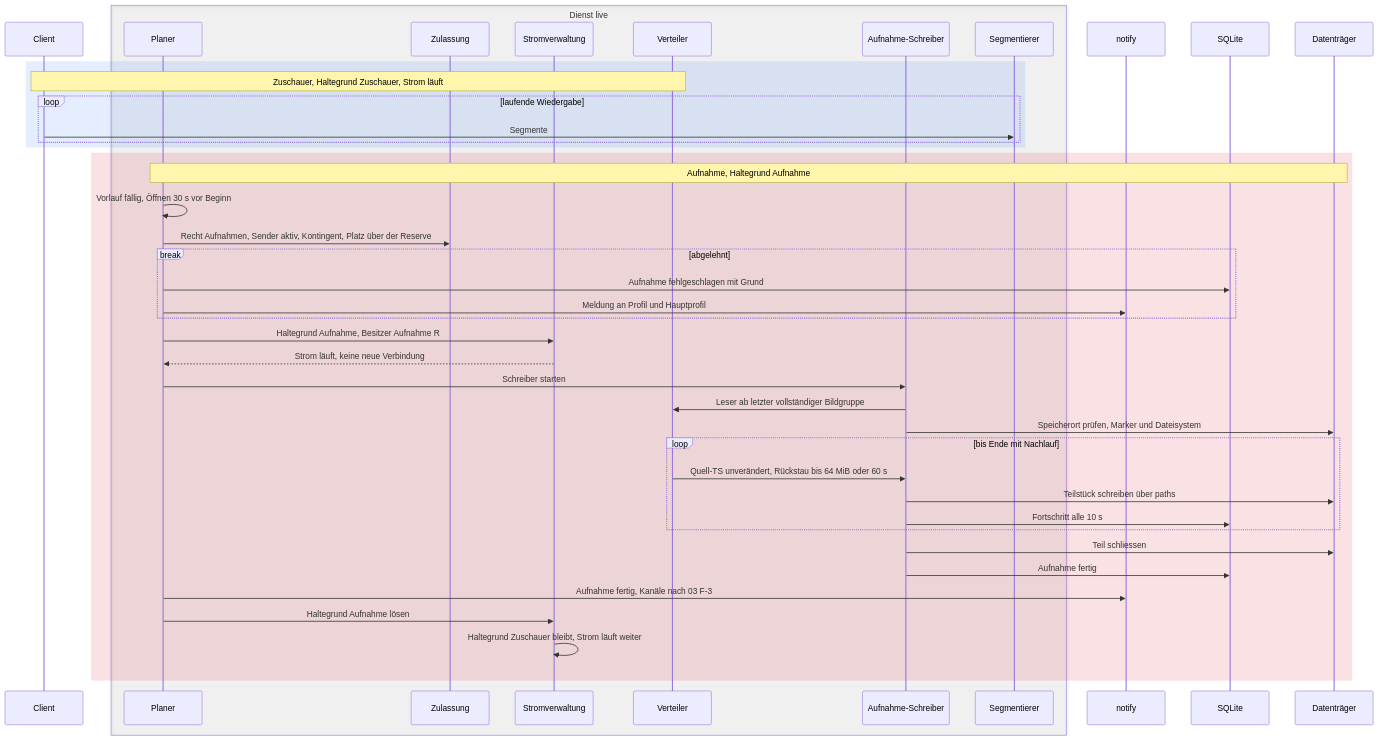
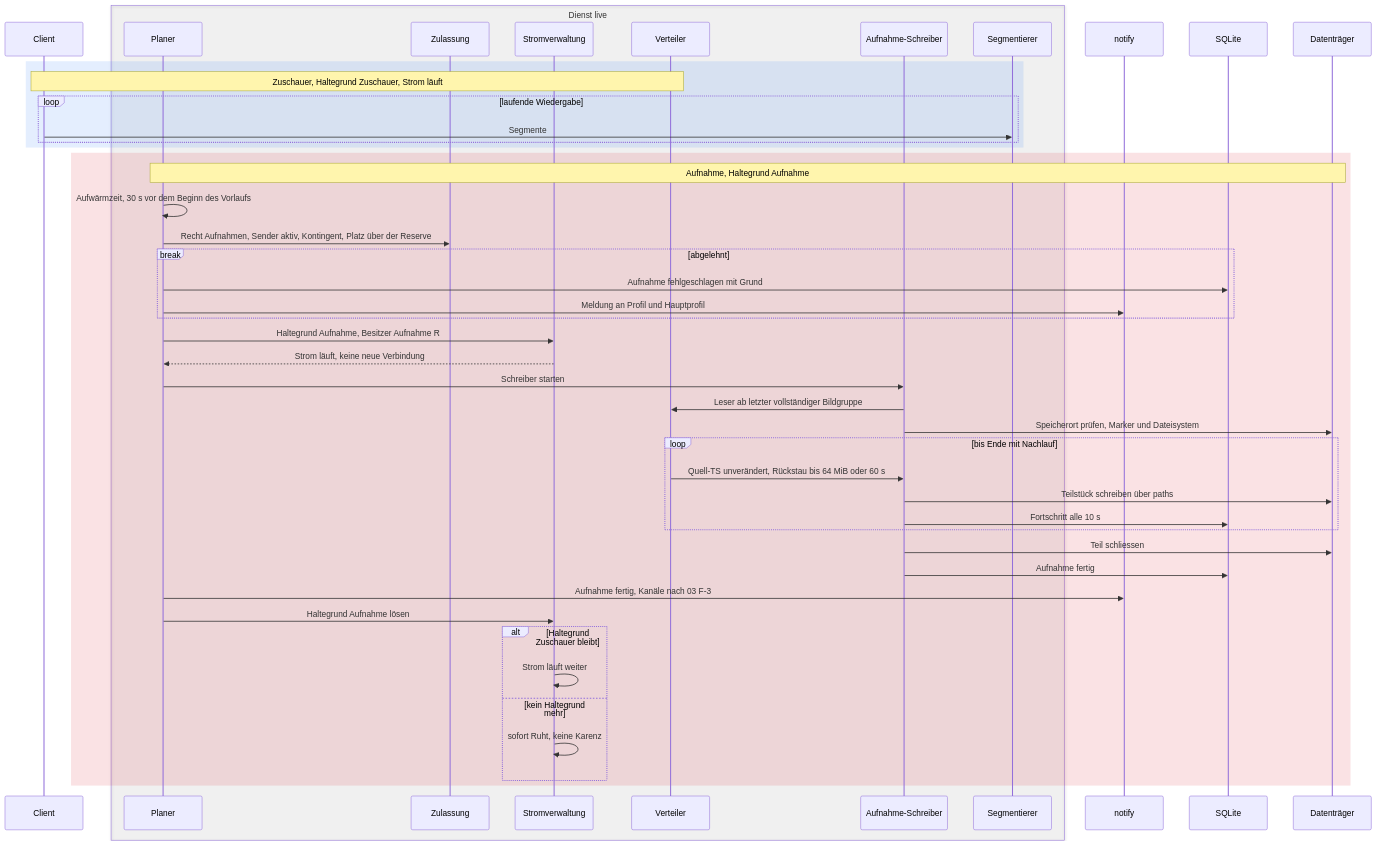
One commit to SlouchCat/slouchcat changed the eighth of 22 diagrams in docs/planning/28-live-tv/06-ablaeufe.md. Above: the diagram before and after it, drawn with Mermaid. The commit also changed other lines of this file, not shown here.

Commit message:
docs(planning): concept 28 live TV, flows after consolidation 1

````diff
--- a/docs/planning/28-live-tv/06-ablaeufe.md
+++ b/docs/planning/28-live-tv/06-ablaeufe.md
@@ -623,46 +651,50 @@
 ```mermaid
 sequenceDiagram
   participant CL as Client
   box rgba(128,128,128,0.08) Dienst live
     participant PL as Planer
     participant ZUL as Zulassung
     participant STR as Stromverwaltung
     participant VT as Verteiler
     participant AUF as Aufnahme-Schreiber
     participant SEG as Segmentierer
   end
   participant NTF as notify
   participant DB as SQLite
   participant DSK as Datenträger
 
   rect rgba(66,135,245,0.14)
     Note over CL,VT: Zuschauer, Haltegrund Zuschauer, Strom läuft
     loop laufende Wiedergabe
       CL->>SEG: Segmente
     end
   end
   rect rgba(220,53,69,0.14)
     Note over PL,DSK: Aufnahme, Haltegrund Aufnahme
-    PL->>PL: Vorlauf fällig, Öffnen 30 s vor Beginn
+    PL->>PL: Aufwärmzeit, 30 s vor dem Beginn des Vorlaufs
     PL->>ZUL: Recht Aufnahmen, Sender aktiv, Kontingent, Platz über der Reserve
     break abgelehnt
       PL->>DB: Aufnahme fehlgeschlagen mit Grund
       PL->>NTF: Meldung an Profil und Hauptprofil
     end
     PL->>STR: Haltegrund Aufnahme, Besitzer Aufnahme R
     STR-->>PL: Strom läuft, keine neue Verbindung
     PL->>AUF: Schreiber starten
     AUF->>VT: Leser ab letzter vollständiger Bildgruppe
     AUF->>DSK: Speicherort prüfen, Marker und Dateisystem
     loop bis Ende mit Nachlauf
       VT->>AUF: Quell-TS unverändert, Rückstau bis 64 MiB oder 60 s
       AUF->>DSK: Teilstück schreiben über paths
       AUF->>DB: Fortschritt alle 10 s
     end
     AUF->>DSK: Teil schliessen
     AUF->>DB: Aufnahme fertig
     PL->>NTF: Aufnahme fertig, Kanäle nach 03 F-3
     PL->>STR: Haltegrund Aufnahme lösen
-    STR->>STR: Haltegrund Zuschauer bleibt, Strom läuft weiter
+    alt Haltegrund Zuschauer bleibt
+      STR->>STR: Strom läuft weiter
+    else kein Haltegrund mehr
+      STR->>STR: sofort Ruht, keine Karenz
+    end
   end
 ```
````
